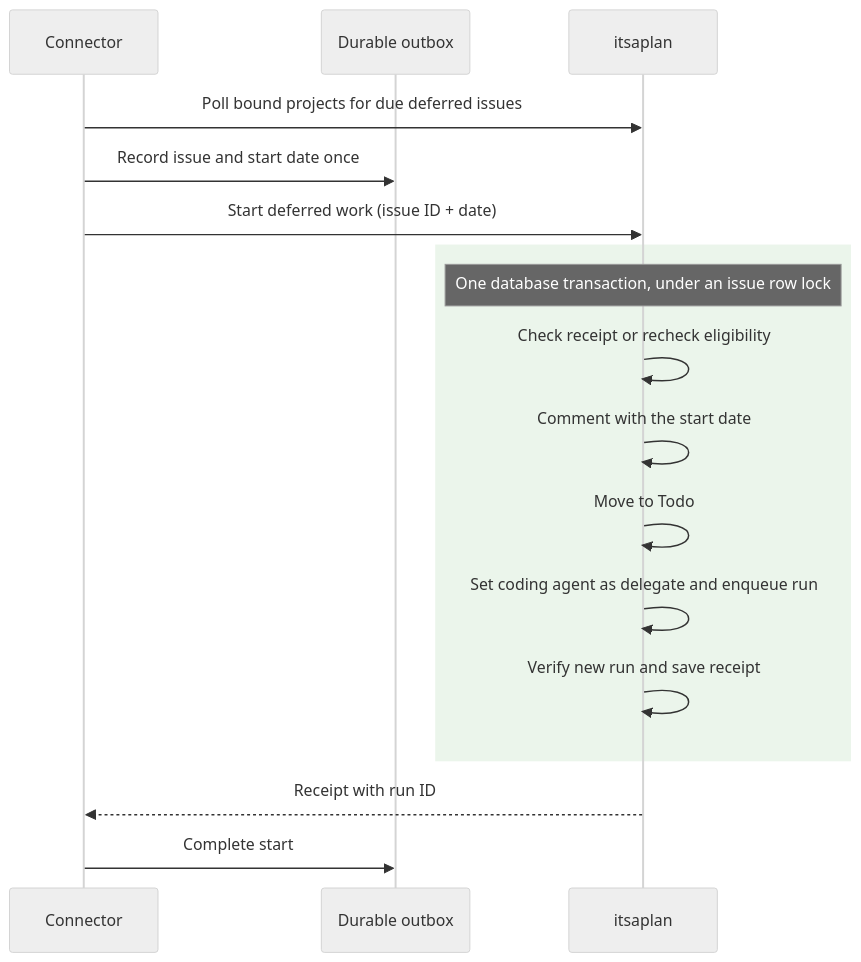
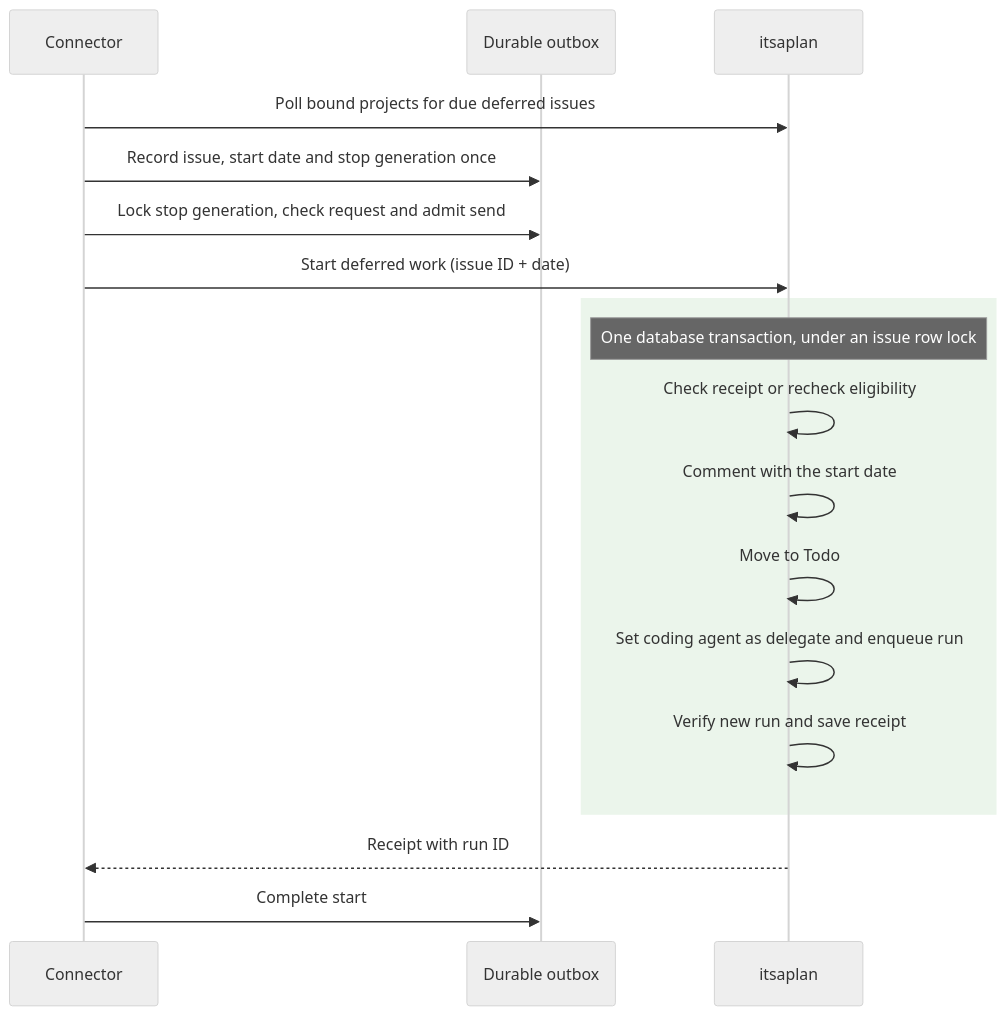
Before and after one commit to jomcgi-org/homelab: the first of 5 diagrams in projects/factory/ARCHITECTURE.md, drawn with Mermaid (neutral theme). The commit also changed other lines of this file and 7 other files, not shown here.

````diff
--- a/projects/factory/ARCHITECTURE.md
+++ b/projects/factory/ARCHITECTURE.md
@@ -464,19 +464,20 @@
 ```mermaid
 sequenceDiagram
   participant C as Connector
   participant O as Durable outbox
   participant I as itsaplan
   C->>I: Poll bound projects for due deferred issues
-  C->>O: Record issue and start date once
+  C->>O: Record issue, start date and stop generation once
+  C->>O: Lock stop generation, check request and admit send
   C->>I: Start deferred work (issue ID + date)
   rect rgb(235, 245, 235)
     Note over I: One database transaction, under an issue row lock
     I->>I: Check receipt or recheck eligibility
     I->>I: Comment with the start date
     I->>I: Move to Todo
     I->>I: Set coding agent as delegate and enqueue run
     I->>I: Verify new run and save receipt
   end
   I-->>C: Receipt with run ID
   C->>O: Complete start
 ```
````
